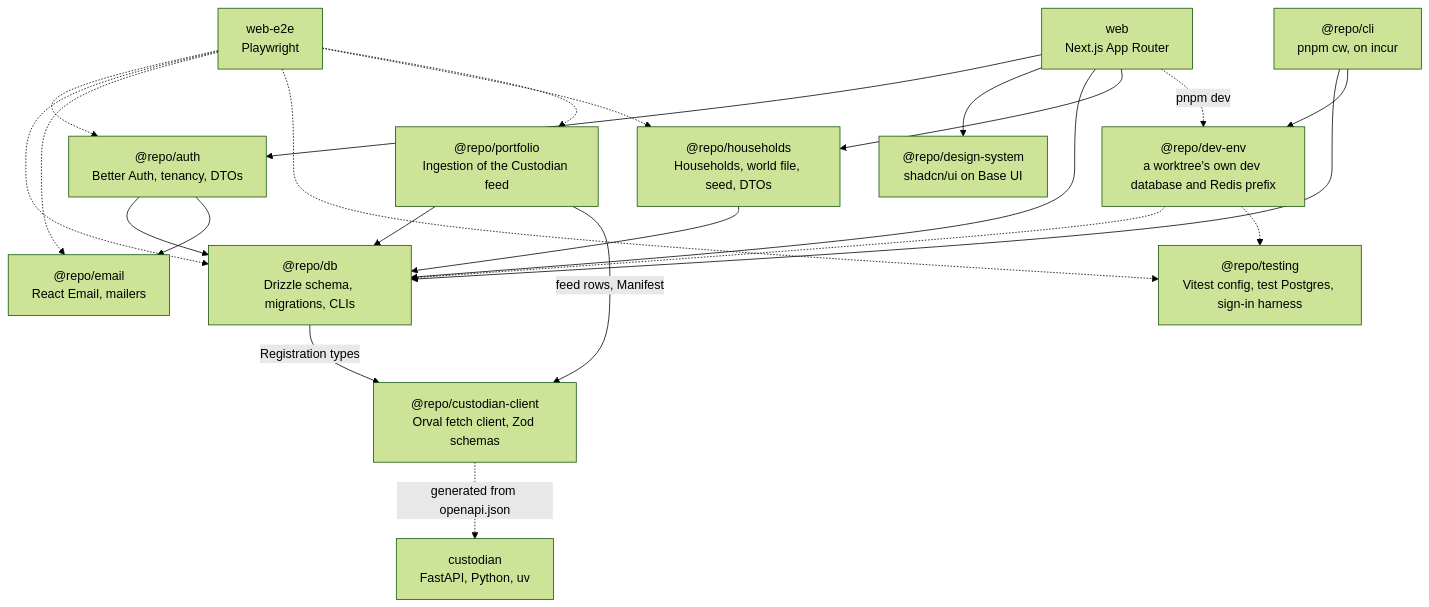
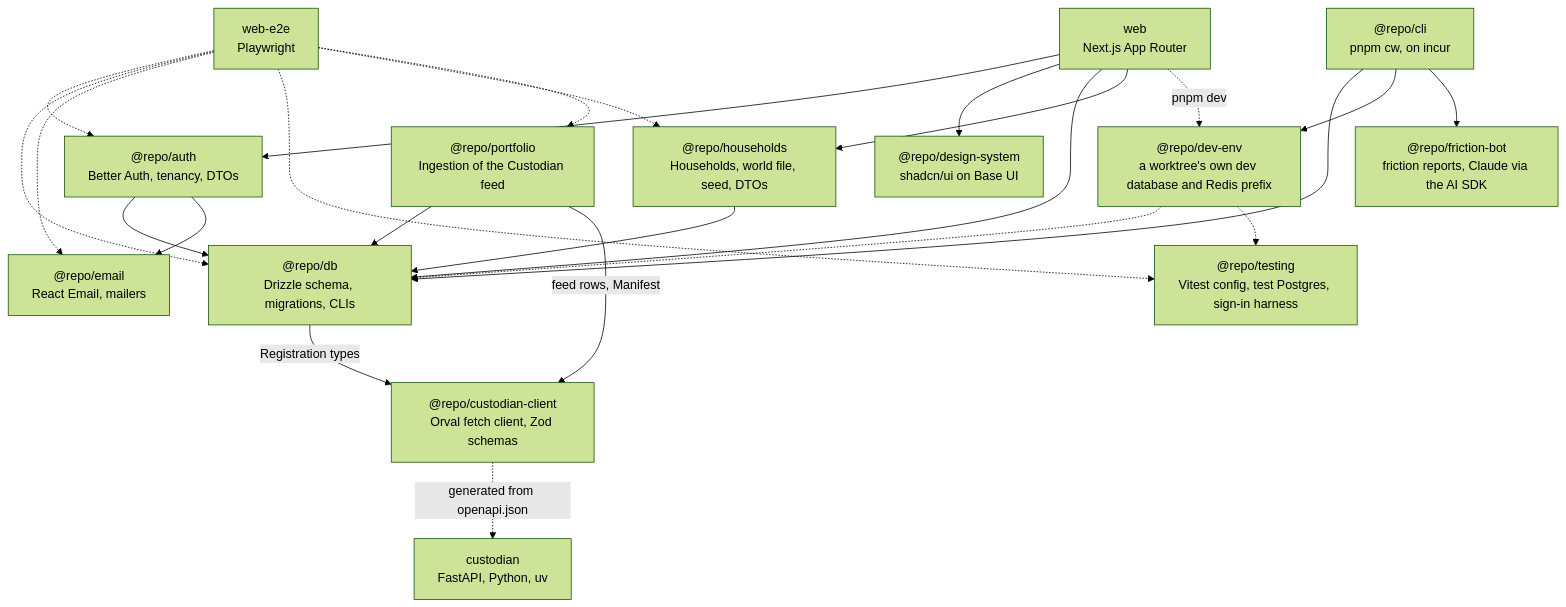
Before and after one commit to m0t0r/cognitive-wealth: the diagram in docs/diagrams/packages.mmd, drawn with Mermaid (forest theme). The commit also changed 37 other files, not shown here.

```diff
--- a/docs/diagrams/packages.mmd
+++ b/docs/diagrams/packages.mmd
@@ -1,41 +1,43 @@
 flowchart TB
   web["web<br/>Next.js App Router"]
   e2e["web-e2e<br/>Playwright"]
   auth["@repo/auth<br/>Better Auth, tenancy, DTOs"]
   ds["@repo/design-system<br/>shadcn/ui on Base UI"]
   db["@repo/db<br/>Drizzle schema, migrations, CLIs"]
   email["@repo/email<br/>React Email, mailers"]
   households["@repo/households<br/>Households, world file, seed, DTOs"]
   portfolio["@repo/portfolio<br/>Ingestion of the Custodian feed"]
   testing["@repo/testing<br/>Vitest config, test Postgres, sign-in harness"]
   devenv["@repo/dev-env<br/>a worktree's own dev database and Redis prefix"]
   cli["@repo/cli<br/>pnpm cw, on incur"]
+  friction["@repo/friction-bot<br/>friction reports, Claude via the AI SDK"]
   custodian["custodian<br/>FastAPI, Python, uv"]
   client["@repo/custodian-client<br/>Orval fetch client, Zod schemas"]
 
   web --> auth
   web --> ds
   web --> db
   web --> households
   auth --> db
   auth --> email
   households --> db
   portfolio --> db
   portfolio -->|"feed rows, Manifest"| client
   db -->|"Registration types"| client
 
   e2e -.-> auth
   e2e -.-> db
   e2e -.-> email
   e2e -.-> testing
   e2e -.-> households
   e2e -.-> portfolio
 
   web -.->|"pnpm dev"| devenv
   devenv -.-> db
   devenv -.-> testing
 
   cli --> db
   cli --> devenv
+  cli --> friction
 
   client -.->|"generated from openapi.json"| custodian
```
